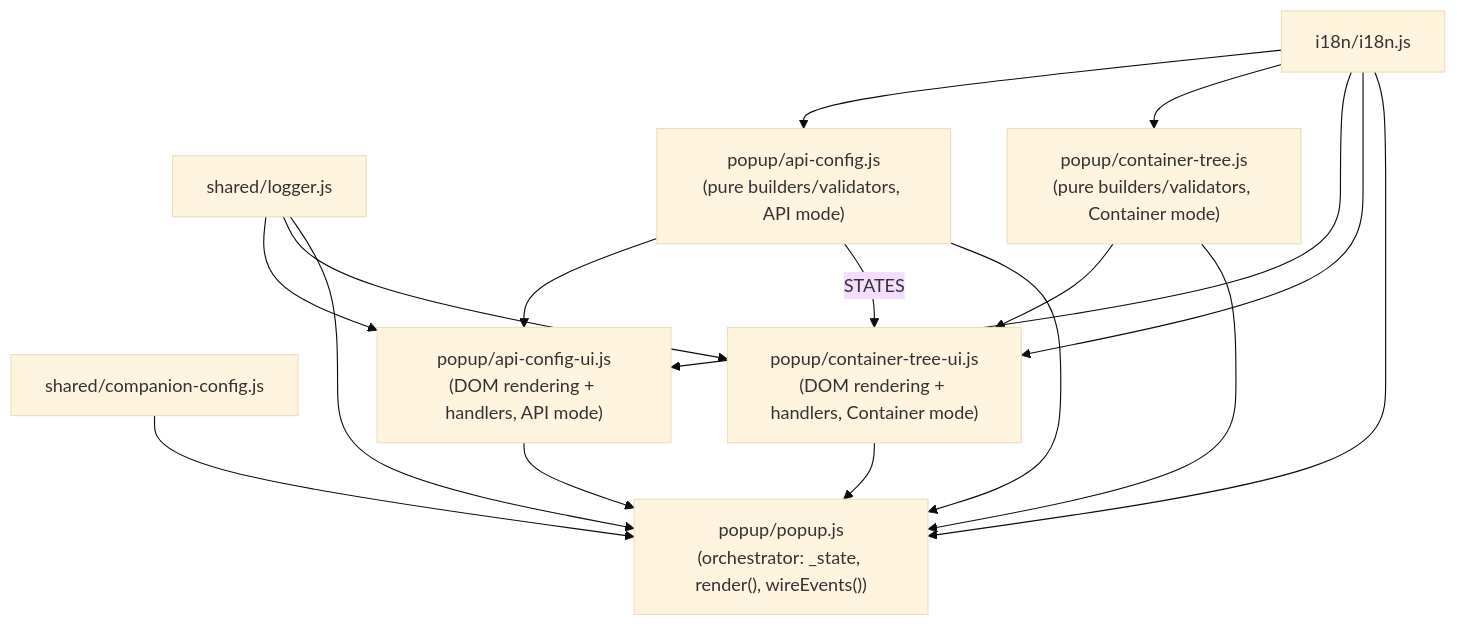
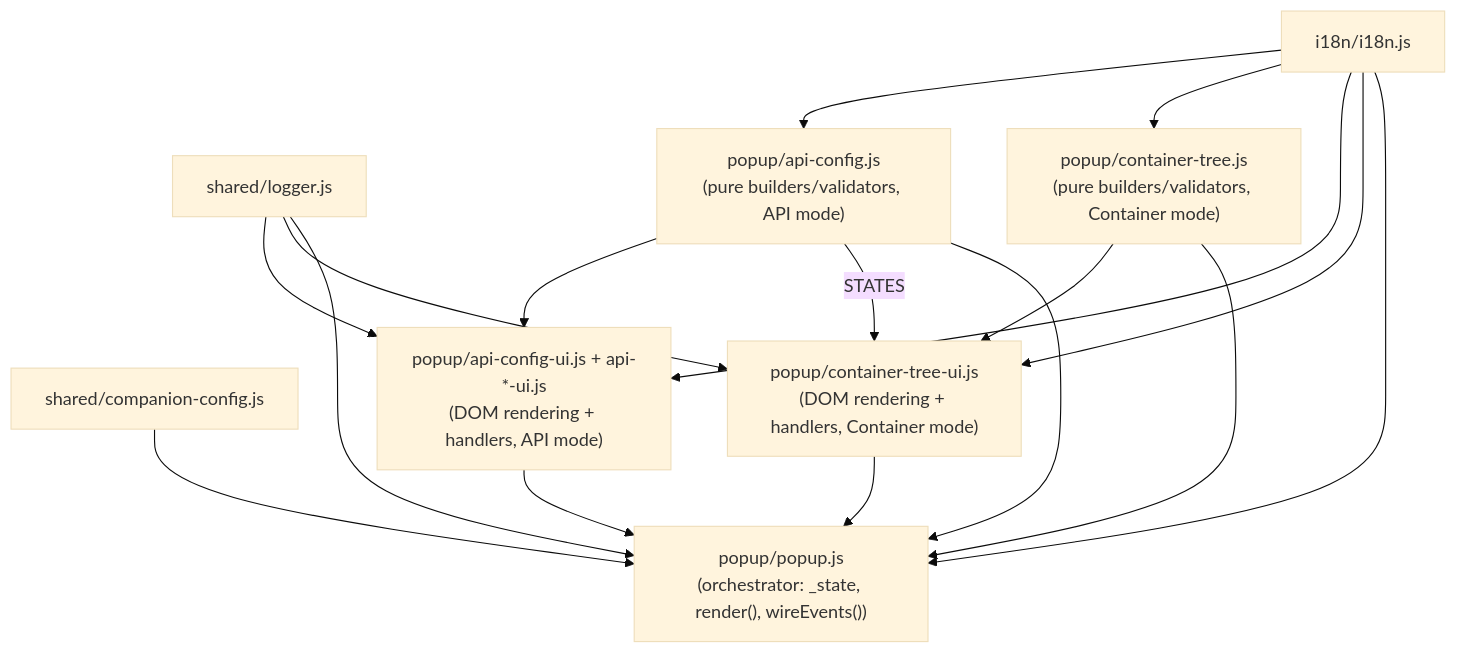
The second of 7 diagrams in docs/ARCHITECTURE.md (Aventinis/Scraping-Factory), drawn with Mermaid (base theme) before and after one commit. The commit also changed other lines of this file and 1 other file, not shown here.

Commit message:
docs(api-mode): document the api-config-ui module split (#390)

````diff
--- a/docs/ARCHITECTURE.md
+++ b/docs/ARCHITECTURE.md
@@ -96,28 +96,28 @@
 ```mermaid
 flowchart TB
     logger["shared/logger.js"]
     i18n["i18n/i18n.js"]
     ccfg["shared/companion-config.js"]
     apiCfg["popup/api-config.js\n(pure builders/validators, API mode)"]
     ctree["popup/container-tree.js\n(pure builders/validators, Container mode)"]
-    apiUi["popup/api-config-ui.js\n(DOM rendering + handlers, API mode)"]
+    apiUi["popup/api-config-ui.js + api-*-ui.js\n(DOM rendering + handlers, API mode)"]
     ctreeUi["popup/container-tree-ui.js\n(DOM rendering + handlers, Container mode)"]
     popup["popup/popup.js\n(orchestrator: _state, render(), wireEvents())"]
 
     i18n --> apiCfg
     i18n --> ctree
     logger --> apiUi
     i18n --> apiUi
     apiCfg --> apiUi
     logger --> ctreeUi
     i18n --> ctreeUi
     apiCfg -->|STATES| ctreeUi
     ctree --> ctreeUi
     apiCfg --> popup
     ctree --> popup
     apiUi --> popup
     ctreeUi --> popup
     logger --> popup
     i18n --> popup
     ccfg --> popup
 ```
````
